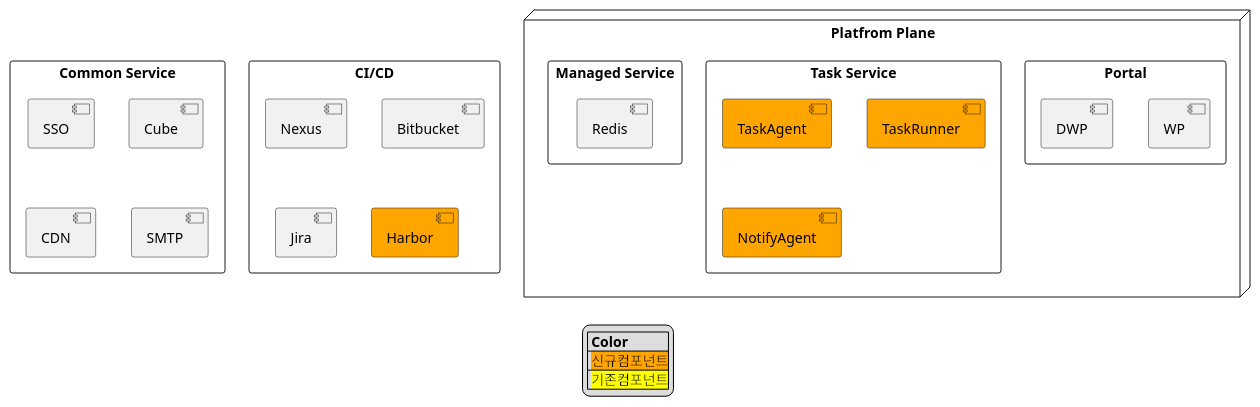
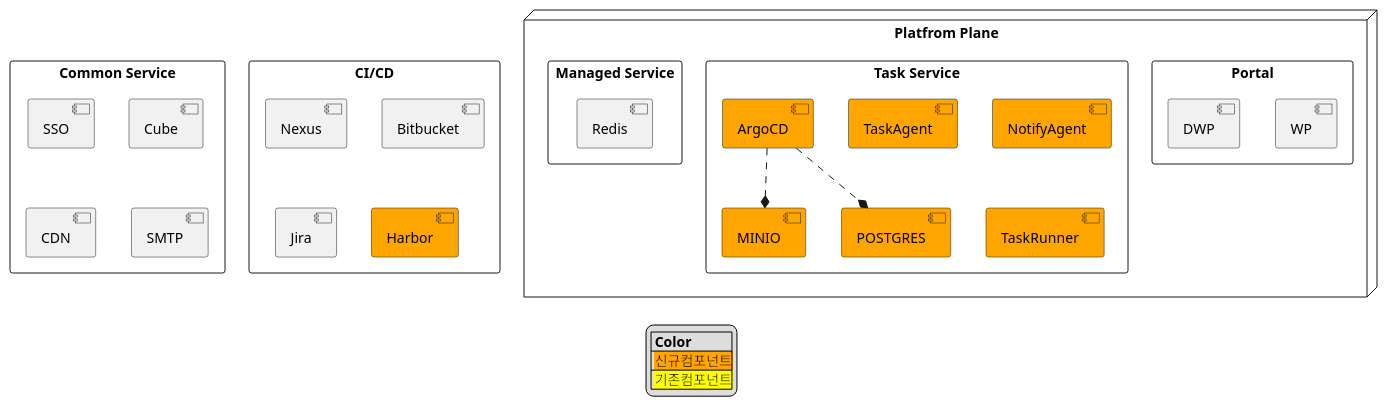
One commit to htdp1/am-arch changed the first of 15 diagrams in docs/src/multi-cloud/diagram.md. Above: the diagram before and after it, drawn with PlantUML. The commit also changed other lines of this file, not shown here.

Commit message:
modify diagram 1552

```diff
--- a/docs/src/multi-cloud/diagram.md
+++ b/docs/src/multi-cloud/diagram.md
@@ -17,36 +17,41 @@
 @startuml
 
 legend
     |= Color |
     | <size:14><back:#Orange>신규컴포넌트</back></size>|
     | <size:14><back:#Yellow>기존컴포넌트</back></size>|
 endlegend
 
 rectangle "Common Service" as comm {
     [SSO] as sso
     [Cube] as cube
     [CDN] as cdn
     [SMTP] as smtp
 }
 rectangle "CI/CD" as cicd {
     [Nexus] as nexus
     [Bitbucket] as bitbucket
     [Jira] as jira
     [Harbor] as harbor #orange
 }
 node "Platfrom Plane" as hcp {
     rectangle "Portal" as portal {
         [WP] as wp
         [DWP] as dwp
     }
     rectangle "Task Service" as task {
         [TaskAgent] as taskagent #orange
+        [NotifyAgent] as notifyagent #orange
         [TaskRunner] as taskrunner #orange
-        [NotifyAgent] as notifyagent #orange
+        [ArgoCD] as argocd #orange
+        [MINIO] as minio #orange
+        [POSTGRES] as postgres #orange
     }
+    argocd ..* minio
+    argocd ..* postgres
     rectangle "Managed Service" as managed {
         [Redis] as redis
     }
 }
 
 @enduml
```
